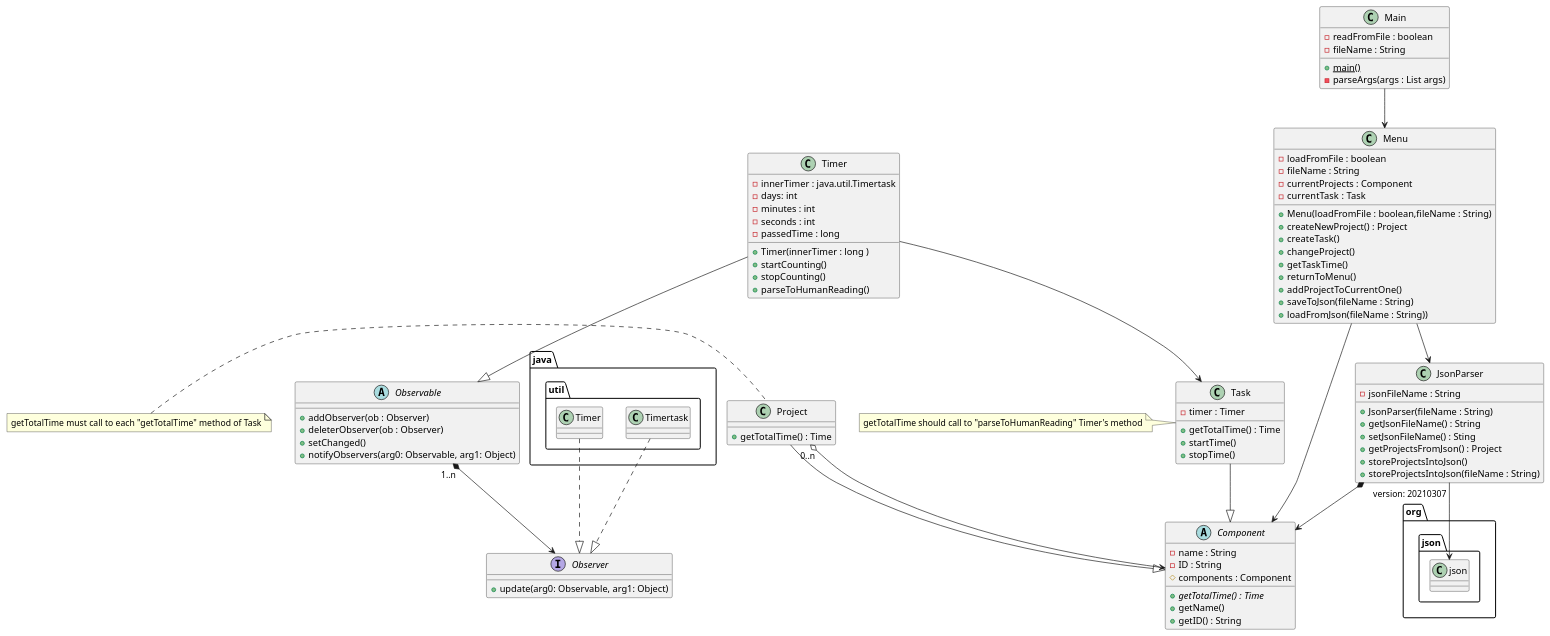
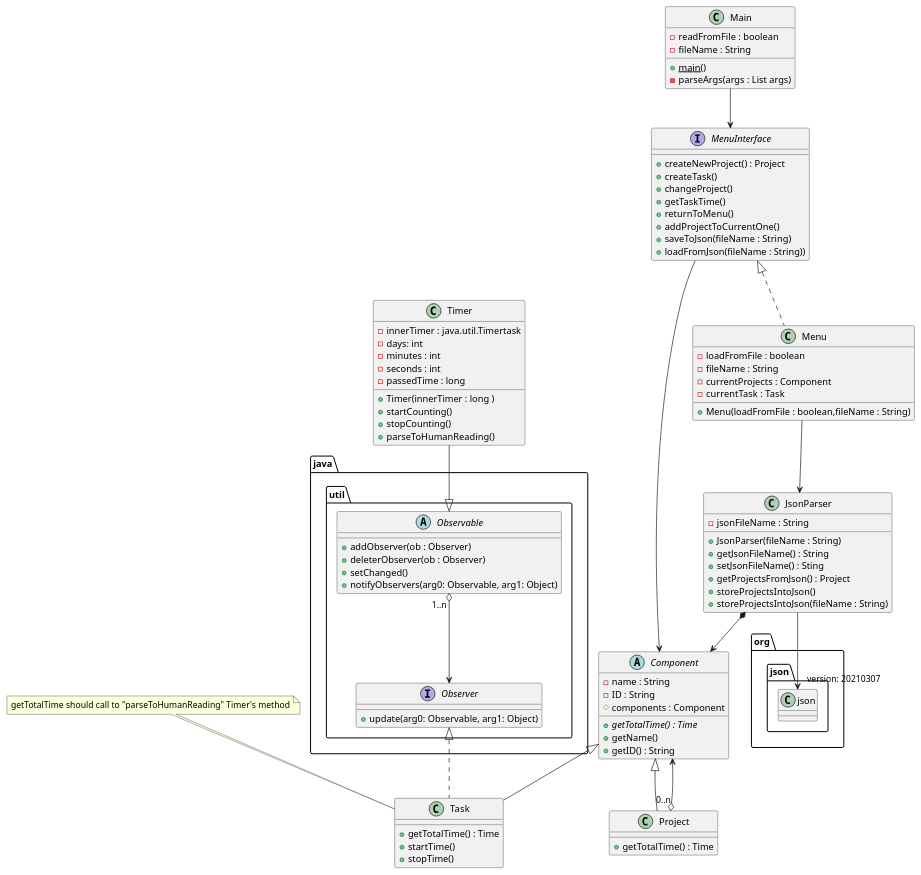
Before and after one commit to gaspar44/time-tracking: the diagram in src/main/resources/design.puml, drawn with PlantUML. The commit also changed 1 other file, not shown here.

Commit message:
Changed class diagram

```diff
--- a/src/main/resources/design.puml
+++ b/src/main/resources/design.puml
@@ -1,107 +1,97 @@
 @startuml
 abstract class Component {
     - name : String
     - ID : String
     # components : Component
     + {abstract} getTotalTime() : Time
     + getName()
     + getID() : String
 }
 
-abstract class Observable{
+abstract class java.util.Observable{
 
 + addObserver(ob : Observer)
 + deleterObserver(ob : Observer)
 + setChanged()
 + notifyObservers(arg0: Observable, arg1: Object)
 
 }
 
-interface Observer {
+interface java.util.Observer {
 
 + update(arg0: Observable, arg1: Object)
 
 }
 
 
-class Project {
+class Project extends Component{
     + getTotalTime() : Time
 }
 
-class Task {
-    - timer : Timer
+class Task extends Component implements java.util.Observer{
     + getTotalTime() : Time
     + startTime()
     + stopTime()
 }
 
 class Timer {
     - innerTimer : java.util.Timertask
     - days: int
     - minutes : int
     - seconds : int
     - passedTime : long
     + Timer(innerTimer : long )
     + startCounting()
     + stopCounting()
     + parseToHumanReading()
 }
 
 class JsonParser {
     - jsonFileName : String
     + JsonParser(fileName : String)
     + getJsonFileName() : String
     + setJsonFileName() : Sting
     + getProjectsFromJson() : Project
     + storeProjectsIntoJson()
     + storeProjectsIntoJson(fileName : String)
 }
 
 class Main {
     - readFromFile : boolean
     - fileName : String
     + {static} main()
     - parseArgs(args : List args)
 }
 
-class Menu {
-    - loadFromFile : boolean
-    - fileName : String
-    - currentProjects : Component
-    - currentTask : Task
-    + Menu(loadFromFile : boolean,fileName : String)
+interface MenuInterface {
     + createNewProject() : Project
     + createTask()
     + changeProject()
     + getTaskTime()
     + returnToMenu()
     + addProjectToCurrentOne()
     + saveToJson(fileName : String)
     + loadFromJson(fileName : String))
 }
 
-note left of Project {
-    getTotalTime must call to each "getTotalTime" method of Task
+class Menu implements MenuInterface {
+    + Menu(loadFromFile : boolean,fileName : String)
+    - loadFromFile : boolean
+    - fileName : String
+    - currentProjects : Component
+    - currentTask : Task
 }
 
-note left of Task {
+note top of Task {
     getTotalTime should call to "parseToHumanReading" Timer's method
 }
-Project --|> Component
-Task --|> Component
-JsonParser "version: 20210307" --> org.json.json
-java.util.Timertask ..|> Observer
-java.util.Timer ..|> Observer
-Main --> Menu
+
+JsonParser --> "version: 20210307" org.json.json
+Main --> MenuInterface
 Menu --> JsonParser
 JsonParser *--> Component
 Project "0..n" o--> Component
-Timer --> Task
-Menu --> Component
-Observable "1..n "*--> Observer
-Timer --|> Observable
-
-
-
-
+MenuInterface --> Component
+java.util.Observable "1..n " o--> java.util.Observer
+Timer --|> java.util.Observable
 @enduml
```
